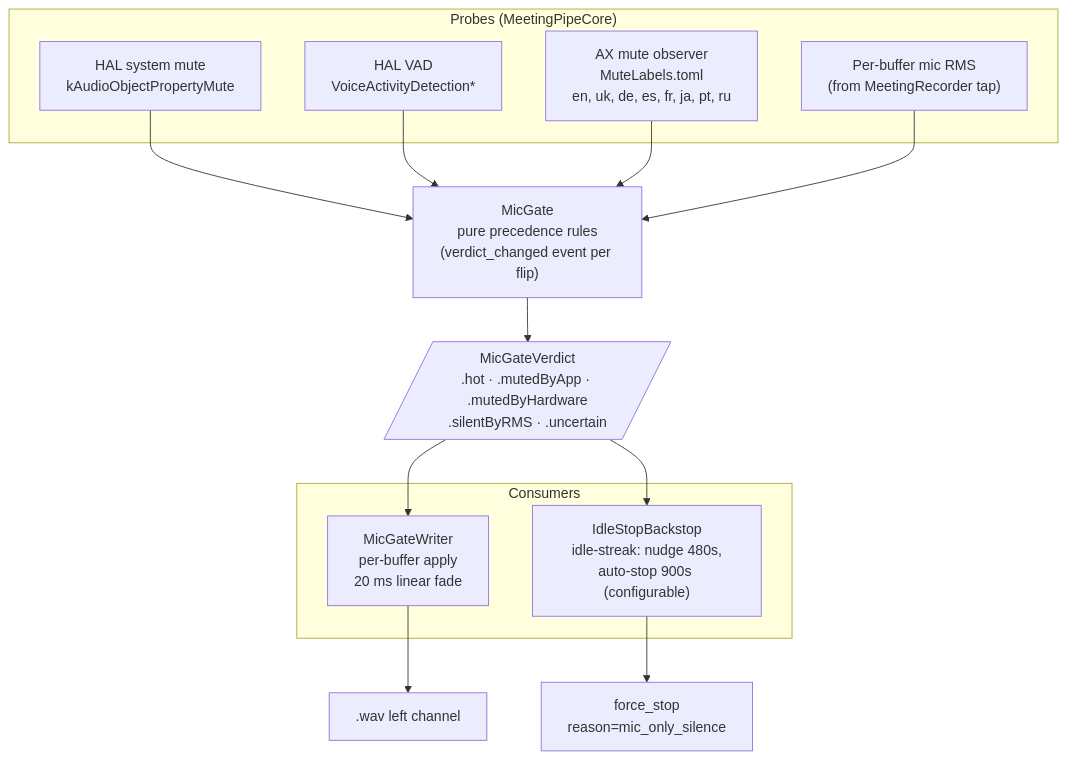
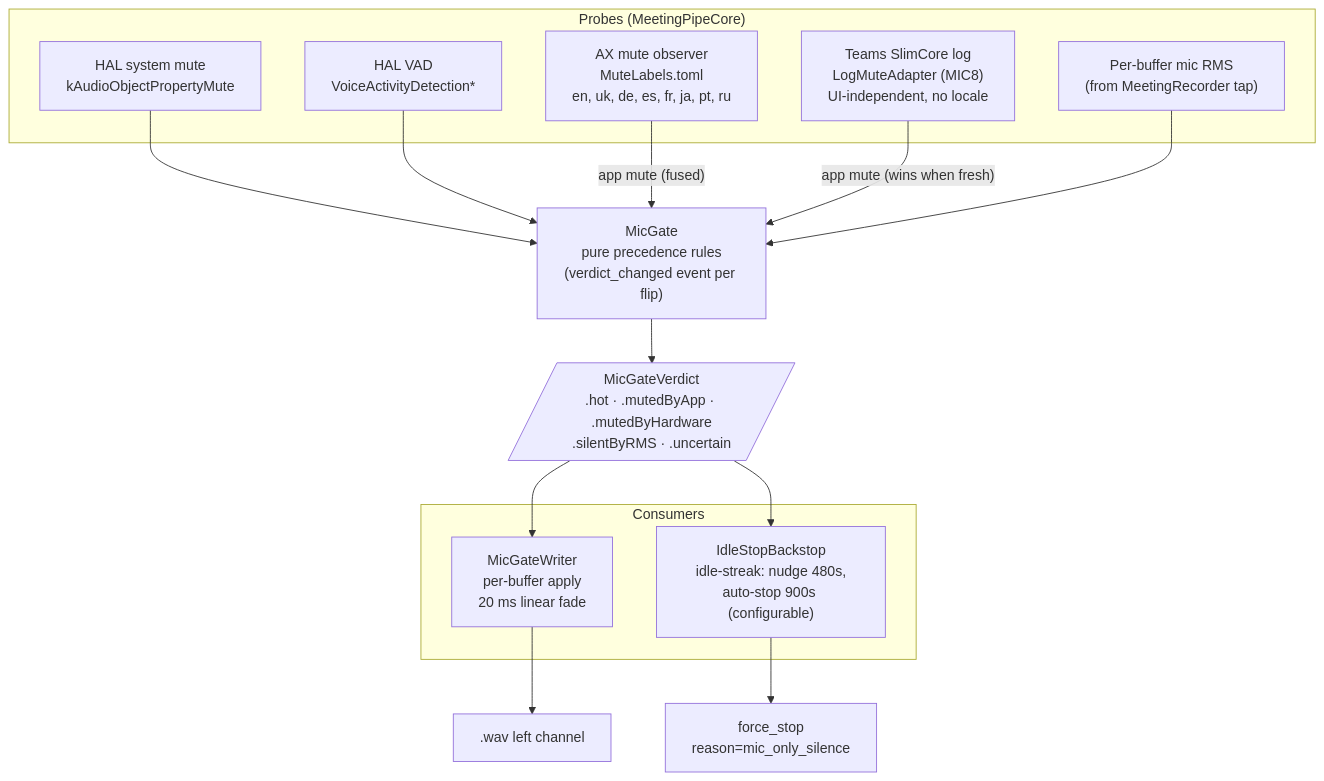
Before and after one commit to ggegelya/meeting-pipe: the third of 5 diagrams in ARCHITECTURE.md, drawn with Mermaid. The commit also changed other lines of this file and 16 other files, not shown here.

First line of the commit message:
MIC8: Teams LogMuteAdapter, fused with the AX read

````diff
--- a/ARCHITECTURE.md
+++ b/ARCHITECTURE.md
@@ -111,31 +113,33 @@
 ```mermaid
 flowchart TB
     subgraph Probes["Probes (MeetingPipeCore)"]
         HALMute["HAL system mute<br/>kAudioObjectPropertyMute"]
         HALVAD["HAL VAD<br/>VoiceActivityDetection*"]
         AXMute["AX mute observer<br/>MuteLabels.toml<br/>en, uk, de, es, fr, ja, pt, ru"]
+        LogMute["Teams SlimCore log<br/>LogMuteAdapter (MIC8)<br/>UI-independent, no locale"]
         RMS["Per-buffer mic RMS<br/>(from MeetingRecorder tap)"]
     end
 
     MicGate["MicGate<br/>pure precedence rules<br/>(verdict_changed event per flip)"]
 
     Verdict[/"MicGateVerdict<br/>.hot · .mutedByApp · .mutedByHardware<br/>.silentByRMS · .uncertain"/]
 
     subgraph Consumers
         Writer["MicGateWriter<br/>per-buffer apply<br/>20 ms linear fade"]
         Backstop["IdleStopBackstop<br/>idle-streak: nudge 480s,<br/>auto-stop 900s (configurable)"]
     end
 
     Audio[".wav left channel"]
     ForceStop["force_stop<br/>reason=mic_only_silence"]
 
     HALMute --> MicGate
     HALVAD --> MicGate
-    AXMute --> MicGate
+    AXMute -->|"app mute (fused)"| MicGate
+    LogMute -->|"app mute (wins when fresh)"| MicGate
     RMS --> MicGate
     MicGate --> Verdict
     Verdict --> Writer
     Verdict --> Backstop
     Writer --> Audio
     Backstop --> ForceStop
 ```
````
